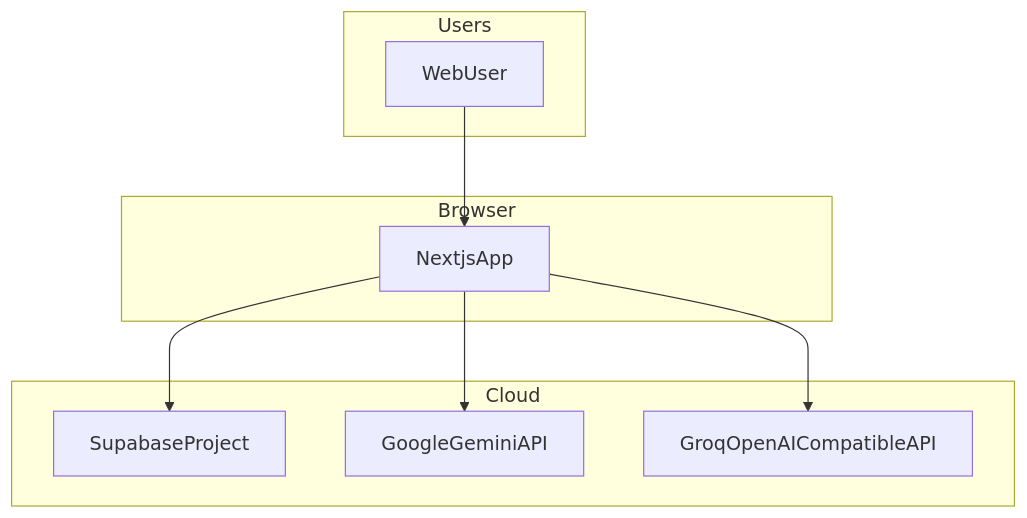
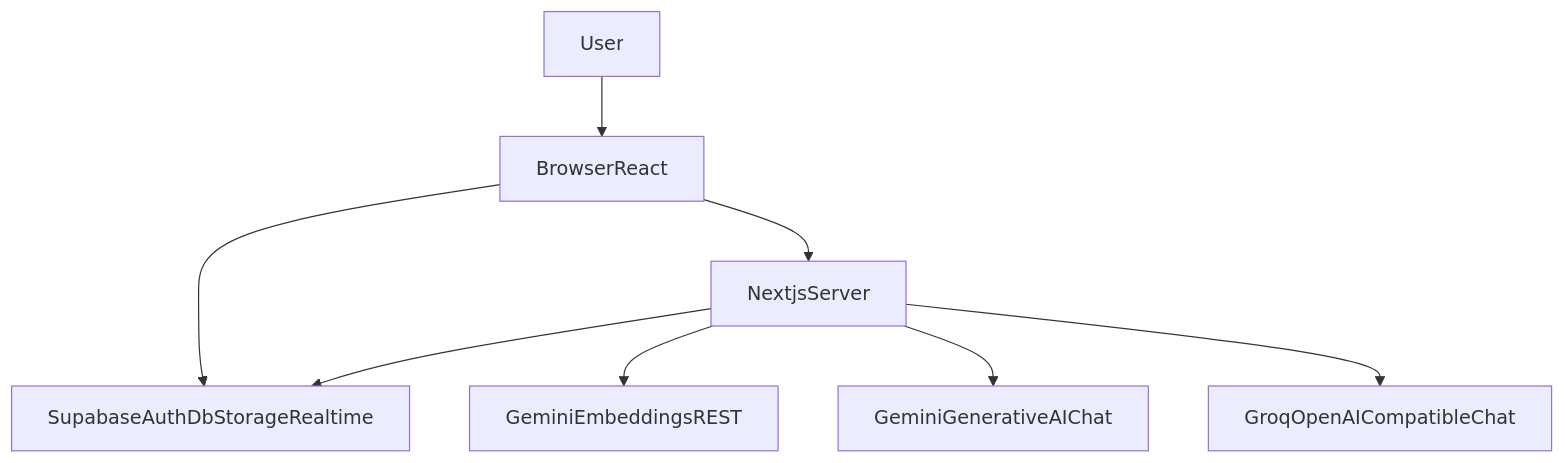
Before and after one commit to AlifDevPro/maacare: the first of 13 diagrams in docs/ARCHITECTURE.md, drawn with Mermaid. The commit also changed other lines of this file and 1 other file, not shown here.

First line of the commit message:
docs: expand architecture with full AI, RAG, multilingual, and voice pipelines

````diff
--- a/docs/ARCHITECTURE.md
+++ b/docs/ARCHITECTURE.md
@@ -9,18 +9,17 @@
 ```mermaid
 flowchart TB
-  subgraph users [Users]
-    webUser[WebUser]
-  end
-  subgraph client [Browser]
-    nextApp[NextjsApp]
-  end
-  subgraph cloud [Cloud]
-    supa[SupabaseProject]
-    gemini[GoogleGeminiAPI]
-    groq[GroqOpenAICompatibleAPI]
-  end
-  webUser --> nextApp
-  nextApp --> supa
-  nextApp --> gemini
-  nextApp --> groq
+  user[User]
+  browser[BrowserReact]
+  next[NextjsServer]
+  supa[SupabaseAuthDbStorageRealtime]
+  gemEmb[GeminiEmbeddingsREST]
+  gemChat[GeminiGenerativeAIChat]
+  groqChat[GroqOpenAICompatibleChat]
+  user --> browser
+  browser --> supa
+  browser --> next
+  next --> supa
+  next --> gemEmb
+  next --> gemChat
+  next --> groqChat
 ```
````
